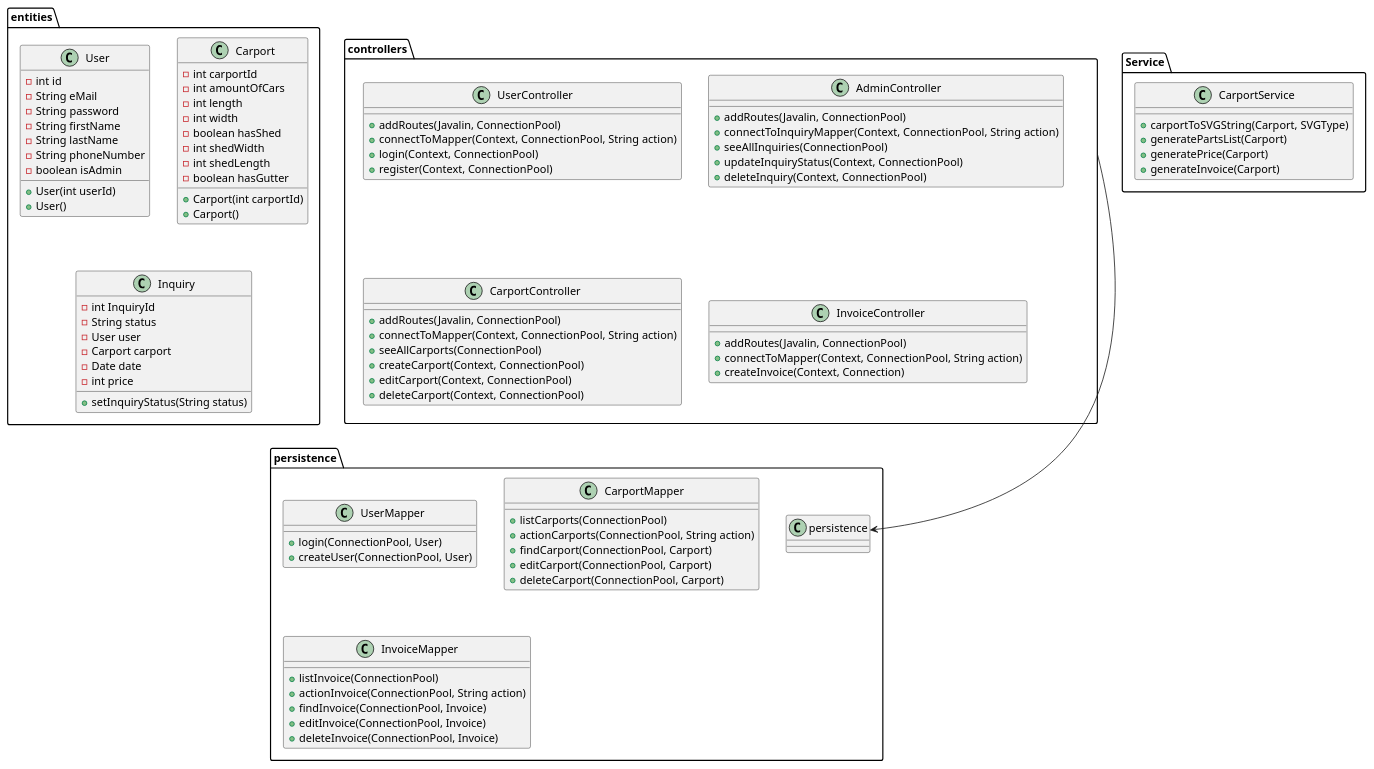
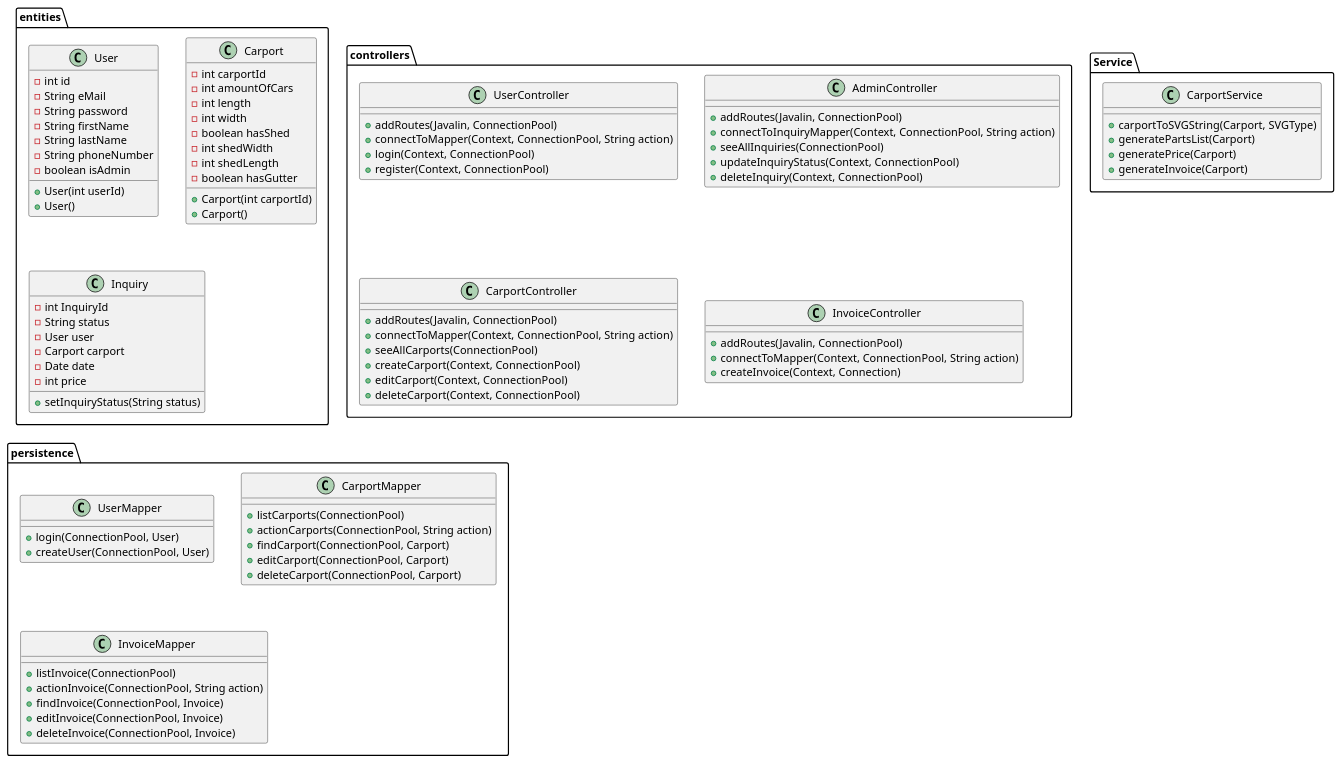
One commit to TheBoyzInHels/Eksamen-Sommer26-Gruppe-A changed the diagram in src/main/resources/UML/ClassDiagram.puml. Above: the diagram before and after it, drawn with PlantUML. The commit also changed 13 other files, not shown here.

```diff
--- a/src/main/resources/UML/ClassDiagram.puml
+++ b/src/main/resources/UML/ClassDiagram.puml
@@ -1,109 +1,109 @@
 @startuml
 'https://plantuml.com/class-diagram
 package entities{
 class User{
 -int id
 -String eMail
 -String password
 -String firstName
 -String lastName
 -String phoneNumber
 -boolean isAdmin
 
 +User(int userId)
 +User()
 }
 
 class Carport{
 -int carportId
 -int amountOfCars
 -int length
 -int width
 -boolean hasShed
 -int shedWidth
 -int shedLength
 -boolean hasGutter
 
 +Carport(int carportId)
 +Carport()
     }
 
 class Inquiry{
 -int InquiryId
 -String status
 -User user
 -Carport carport
 -Date date
 -int price
 
 +setInquiryStatus(String status)
 }
 }
 
 package Service{
 class CarportService{
 
 +carportToSVGString(Carport, SVGType)
 +generatePartsList(Carport)
 +generatePrice(Carport)
 +generateInvoice(Carport)
     }
 }
 
 package controllers{
 class UserController{
 +addRoutes(Javalin, ConnectionPool)
 +connectToMapper(Context, ConnectionPool, String action)
 +login(Context, ConnectionPool)
 +register(Context, ConnectionPool)
 }
 class AdminController{
 +addRoutes(Javalin, ConnectionPool)
 +connectToInquiryMapper(Context, ConnectionPool, String action)
 +seeAllInquiries(ConnectionPool)
 +updateInquiryStatus(Context, ConnectionPool)
 +deleteInquiry(Context, ConnectionPool)
 }
 
 class CarportController{
 +addRoutes(Javalin, ConnectionPool)
 +connectToMapper(Context, ConnectionPool, String action)
 +seeAllCarports(ConnectionPool)
 +createCarport(Context, ConnectionPool)
 +editCarport(Context, ConnectionPool)
 +deleteCarport(Context, ConnectionPool)
 }
 
 class InvoiceController{
 +addRoutes(Javalin, ConnectionPool)
 +connectToMapper(Context, ConnectionPool, String action)
 +createInvoice(Context, Connection)
 }
 }
 
 package persistence {
 class UserMapper{
 +login(ConnectionPool, User)
 +createUser(ConnectionPool, User)
 }
 
 class CarportMapper{
 +listCarports(ConnectionPool)
 +actionCarports(ConnectionPool, String action)
 +findCarport(ConnectionPool, Carport)
 +editCarport(ConnectionPool, Carport)
 +deleteCarport(ConnectionPool, Carport)
 }
 
 class InvoiceMapper{
 +listInvoice(ConnectionPool)
 +actionInvoice(ConnectionPool, String action)
 +findInvoice(ConnectionPool, Invoice)
 +editInvoice(ConnectionPool, Invoice)
 +deleteInvoice(ConnectionPool, Invoice)
 }
 
-controllers --> persistence
+
 
 }
 @enduml
```
